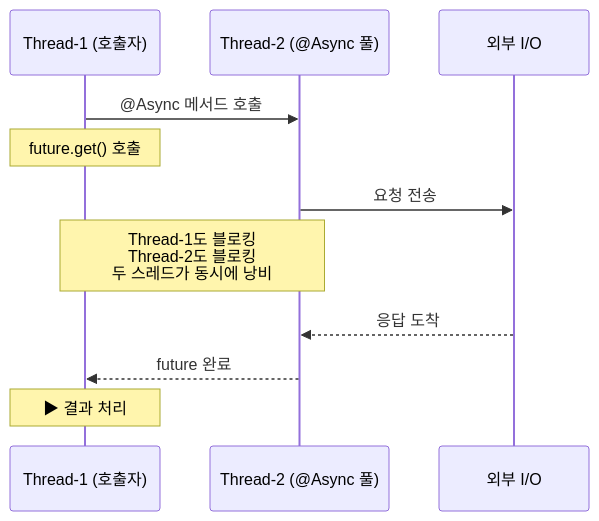
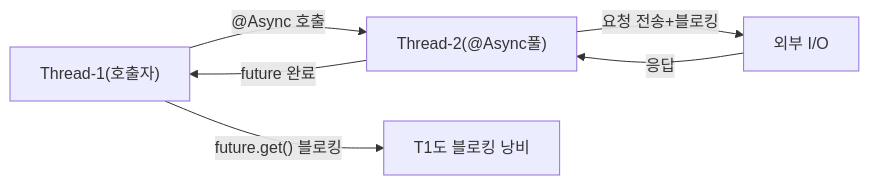
Before and after one commit to yjkim2015/yjkim2015.github.io: the fourth of 10 diagrams in _posts/spring/2026-05-12-webclient-thread-model.md, drawn with Mermaid. The commit also changed other lines of this file and 84 other files, not shown here.

First line of the commit message:
85개 포스트 Mermaid 다이어그램 규칙 일괄 수정

````diff
--- a/_posts/spring/2026-05-12-webclient-thread-model.md
+++ b/_posts/spring/2026-05-12-webclient-thread-model.md
@@ -137,14 +111,8 @@
 ```mermaid
-sequenceDiagram
-    participant T1 as Thread-1 (호출자)
-    participant T2 as Thread-2 (@Async 풀)
-    participant IO as 외부 I/O
-
-    T1->>T2: @Async 메서드 호출
-    Note over T1: future.get() 호출
-    T2->>IO: 요청 전송
-    Note over T1,T2: Thread-1도 블로킹<br/>Thread-2도 블로킹<br/>두 스레드가 동시에 낭비
-    IO-->>T2: 응답 도착
-    T2-->>T1: future 완료
-    Note over T1: ▶ 결과 처리
+graph LR
+    T1["Thread-1(호출자)"] -->|"@Async 호출"| T2["Thread-2(@Async풀)"]
+    T1 -->|"future.get() 블로킹"| WAIT["T1도 블로킹 낭비"]
+    T2 -->|"요청 전송+블로킹"| IO["외부 I/O"]
+    IO -->|"응답"| T2
+    T2 -->|"future 완료"| T1
 ```
````
